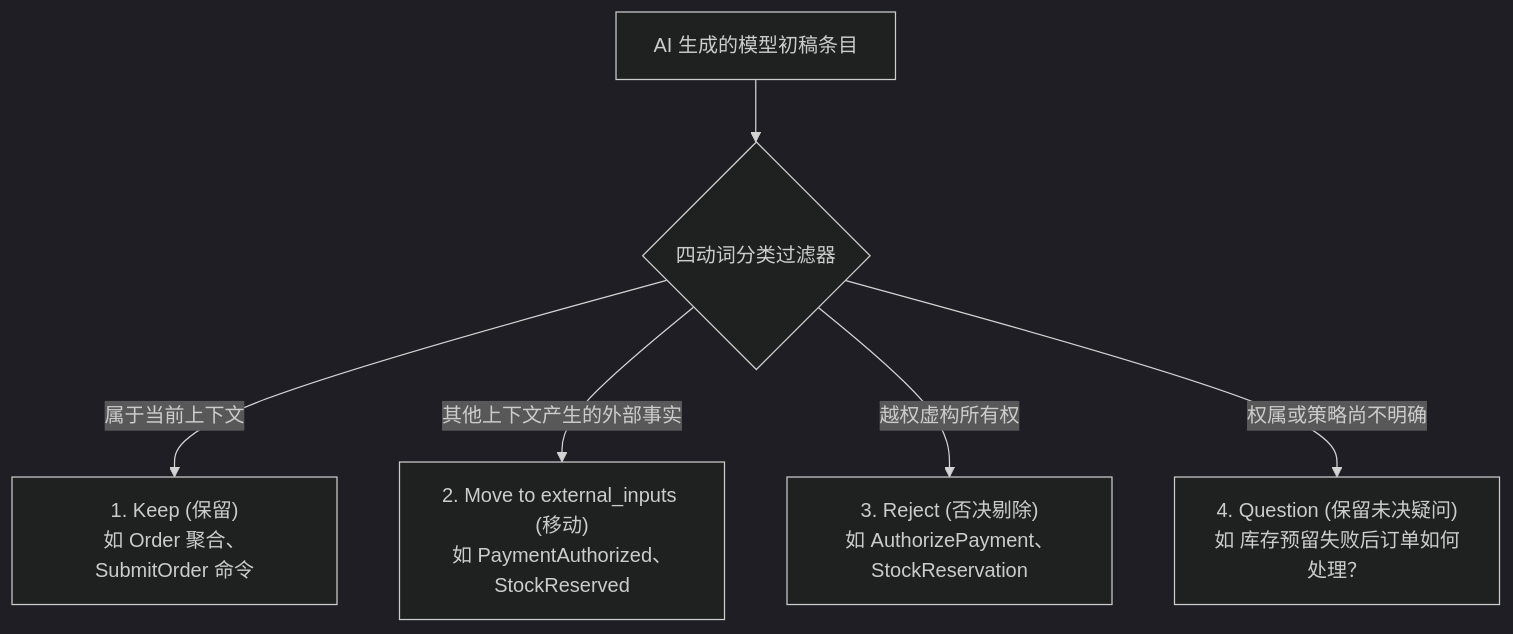
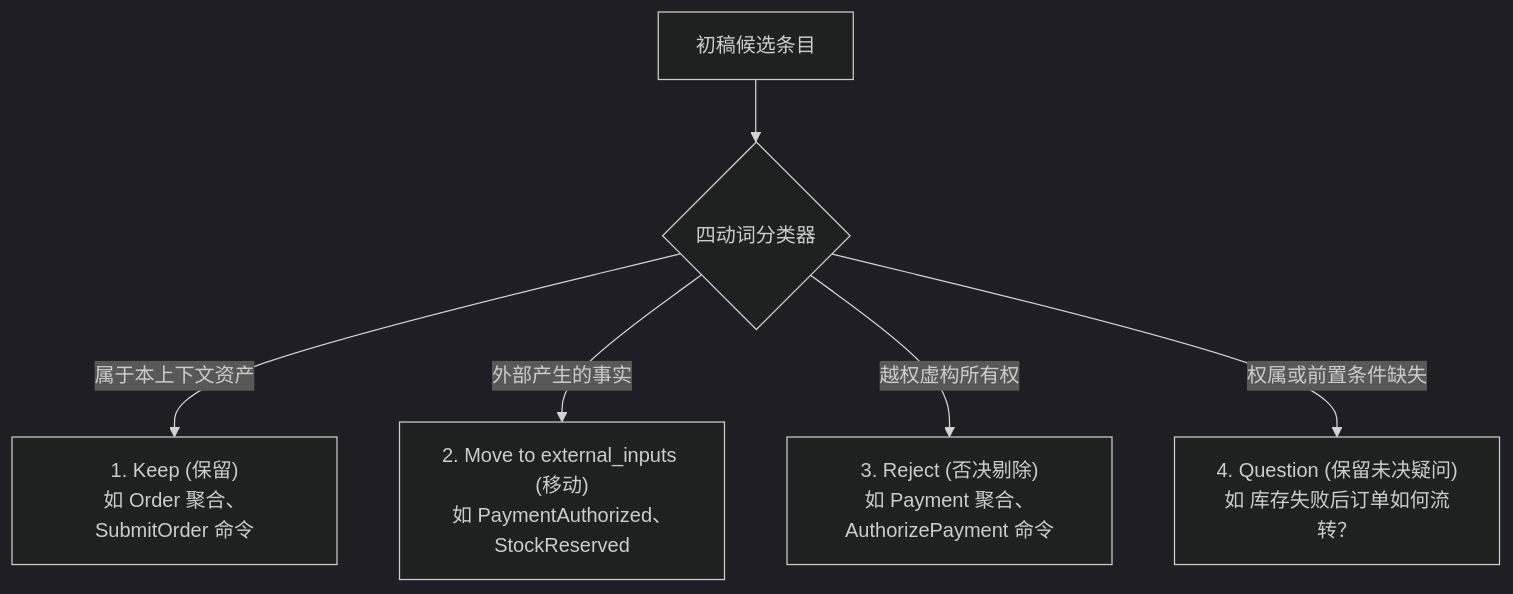
The second of 2 diagrams in content/posts/2026-10-21-ai-ddd-06-iterative-refinement.md (Jkortex/orange), drawn with Mermaid (dark theme) before and after one commit. The commit also changed other lines of this file and 9 other files, not shown here.

````diff
--- a/content/posts/2026-10-21-ai-ddd-06-iterative-refinement.md
+++ b/content/posts/2026-10-21-ai-ddd-06-iterative-refinement.md
@@ -54,8 +47,8 @@
 ```mermaid
 flowchart TD
-    Raw["AI 生成的模型初稿条目"] --> Filter{"四动词分类过滤器"}
-    Filter -->|属于当前上下文| Keep["1. Keep (保留)<br/>如 Order 聚合、SubmitOrder 命令"]
-    Filter -->|其他上下文产生的外部事实| Move["2. Move to external_inputs (移动)<br/>如 PaymentAuthorized、StockReserved"]
-    Filter -->|越权虚构所有权| Reject["3. Reject (否决剔除)<br/>如 AuthorizePayment、StockReservation"]
-    Filter -->|权属或策略尚不明确| Question["4. Question (保留未决疑问)<br/>如 库存预留失败后订单如何处理？"]
+    Raw["初稿候选条目"] --> F{"四动词分类器"}
+    F -->|属于本上下文资产| Keep["1. Keep (保留)<br/>如 Order 聚合、SubmitOrder 命令"]
+    F -->|外部产生的事实| Move["2. Move to external_inputs (移动)<br/>如 PaymentAuthorized、StockReserved"]
+    F -->|越权虚构所有权| Reject["3. Reject (否决剔除)<br/>如 Payment 聚合、AuthorizePayment 命令"]
+    F -->|权属或前置条件缺失| Question["4. Question (保留未决疑问)<br/>如 库存失败后订单如何流转？"]
 ```
````
